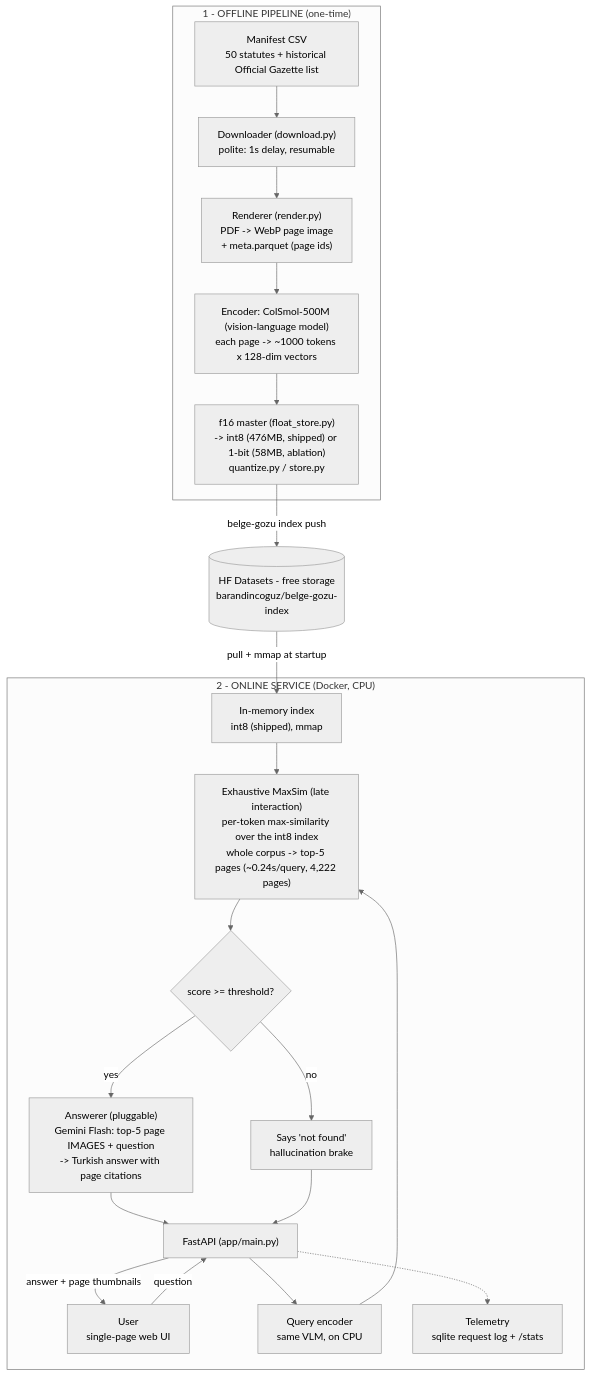
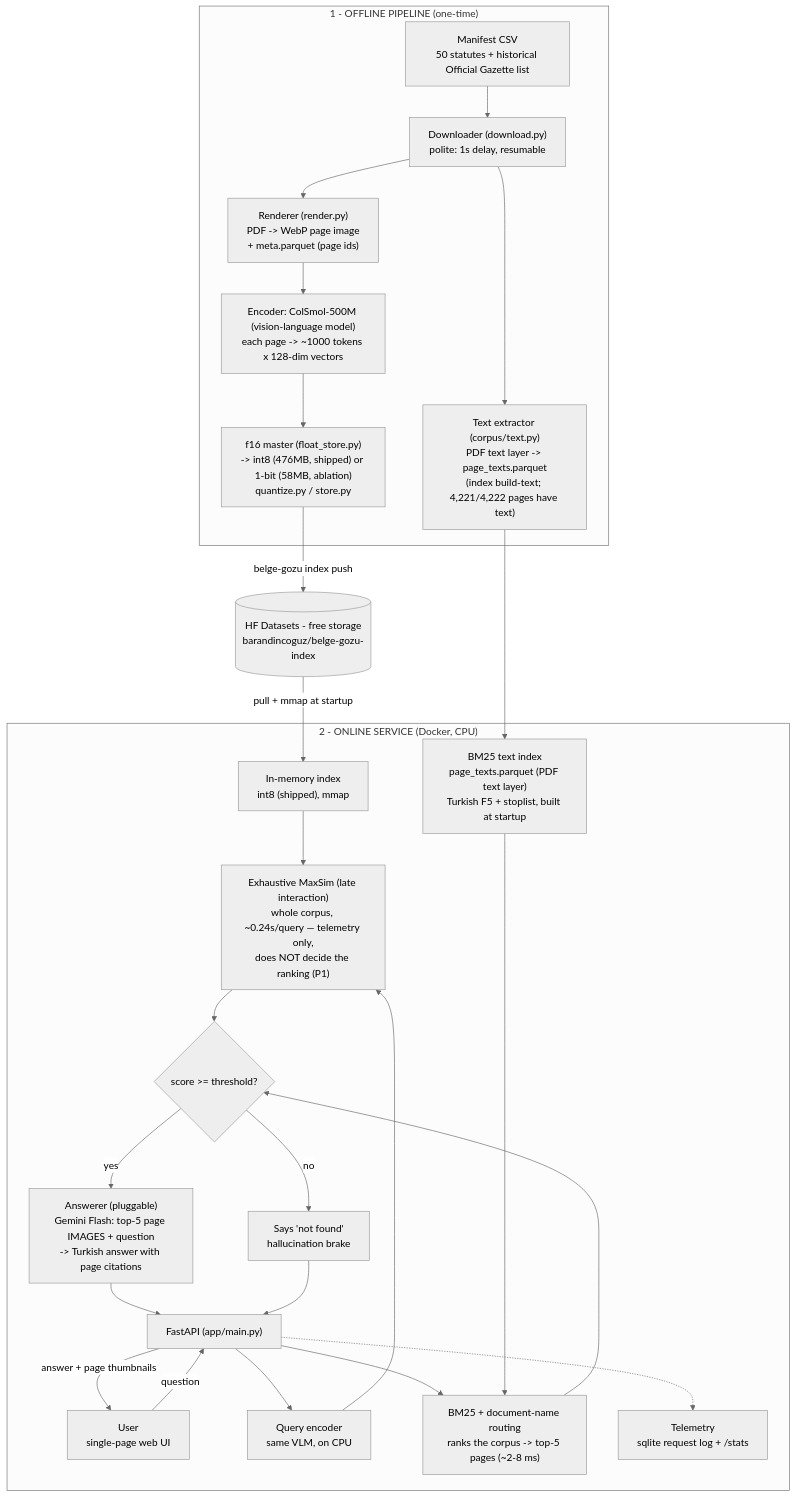
Before and after one commit to barandincoguz/belge-gozu: the diagram in README.md, drawn with Mermaid (neutral theme). The commit also changed other lines of this file and 22 other files, not shown here.

````diff
--- a/README.md
+++ b/README.md
@@ -32,28 +36,34 @@
 ```mermaid
 flowchart TD
   subgraph OFF["1 - OFFLINE PIPELINE (one-time)"]
     M["Manifest CSV<br/>50 statutes + historical Official Gazette list"] --> D["Downloader (download.py)<br/>polite: 1s delay, resumable"]
     D --> R["Renderer (render.py)<br/>PDF -> WebP page image<br/>+ meta.parquet (page ids)"]
     R --> E["Encoder: ColSmol-500M (vision-language model)<br/>each page -> ~1000 tokens x 128-dim vectors"]
     E --> P["f16 master (float_store.py)<br/>-> int8 (476MB, shipped) or 1-bit (58MB, ablation)<br/>quantize.py / store.py"]
+    D --> T["Text extractor (corpus/text.py)<br/>PDF text layer -> page_texts.parquet<br/>(index build-text; 4,221/4,222 pages have text)"]
   end
 
   P -->|"belge-gozu index push"| HUB[("HF Datasets - free storage<br/>barandincoguz/belge-gozu-index")]
+  T --> TXT
 
   subgraph ON["2 - ONLINE SERVICE (Docker, CPU)"]
     IDX["In-memory index<br/>int8 (shipped), mmap"]
+    TXT["BM25 text index<br/>page_texts.parquet (PDF text layer)<br/>Turkish F5 + stoplist, built at startup"]
     U["User<br/>single-page web UI"] -->|"question"| API["FastAPI (app/main.py)"]
     API --> QE["Query encoder<br/>same VLM, on CPU"]
-    QE --> S2["Exhaustive MaxSim (late interaction)<br/>per-token max-similarity over the int8 index<br/>whole corpus -> top-5 pages (~0.24s/query, 4,222 pages)"]
+    QE --> S2["Exhaustive MaxSim (late interaction)<br/>whole corpus, ~0.24s/query — telemetry only,<br/>does NOT decide the ranking (P1)"]
     IDX --> S2
-    S2 --> G{"score >= threshold?"}
+    API --> BM["BM25 + document-name routing<br/>ranks the corpus -> top-5 pages (~2-8 ms)"]
+    TXT --> BM
+    S2 --> G
+    BM --> G{"score >= threshold?"}
     G -->|"no"| AB["Says 'not found'<br/>hallucination brake"]
     G -->|"yes"| ANS["Answerer (pluggable)<br/>Gemini Flash: top-5 page IMAGES + question<br/>-> Turkish answer with page citations"]
     ANS --> API
     AB --> API
     API -->|"answer + page thumbnails"| U
     API -.-> LOG["Telemetry<br/>sqlite request log + /stats"]
   end
 
   HUB -->|"pull + mmap at startup"| IDX
 ```
````
